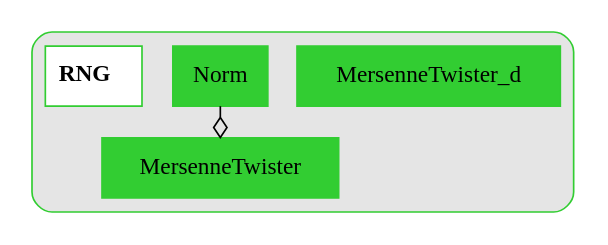
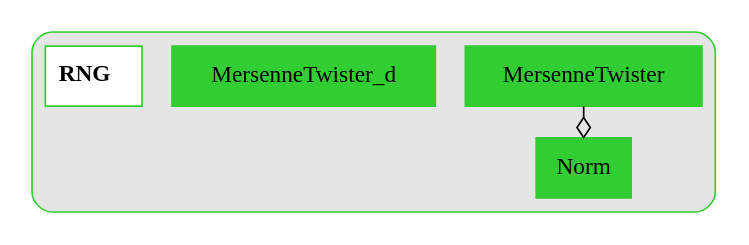
One commit to UWB-Biocomputing/BrainGrid changed the diagram in Tools/DiagramGenerator/ExampleOutputs/dot_subsystems/RNG.dot. Above: the diagram before and after it, drawn with Graphviz. The commit also changed 6 other files, not shown here.

```diff
--- a/Tools/DiagramGenerator/ExampleOutputs/dot_subsystems/RNG.dot
+++ b/Tools/DiagramGenerator/ExampleOutputs/dot_subsystems/RNG.dot
@@ -1,33 +1,33 @@
 digraph{
 	 graph [splines=ortho]
 
 	subgraph clusterRNG {
 		style = rounded
 		bgcolor = grey90
 		color = limegreen
 		node [shape = record, color = limegreen];
 
 		MersenneTwister[label = MersenneTwister, style = filled];
 		MersenneTwister_d[label = MersenneTwister_d, style = filled];
 		Norm[label = Norm, style = filled];
 		RNG[label =< <B> RNG</B>>, style = bold, fillcolor = white, style = filled];
 
 
 		//------LAYOUT FOR SUBGRAPH------
 
 
 		rankdir = BT; // Rank Direction Bottom to Top
 		nodesep = 1.3; // Node Separation
 		ranksep = 1.3; // Rank Separation
 
 
 		//INHERITANCE//
 
 
 
 		//COMPOSITION//
 
 
-		Norm -> MersenneTwister [arrowhead=ediamond];
+		MersenneTwister -> Norm [arrowhead=ediamond];
 	}//end subgraph RNG
 }//end digraph
```
